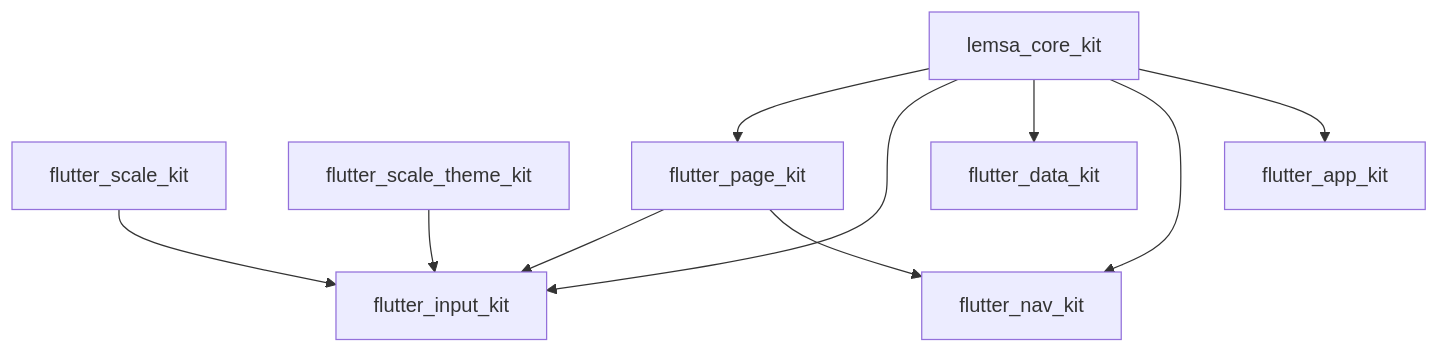
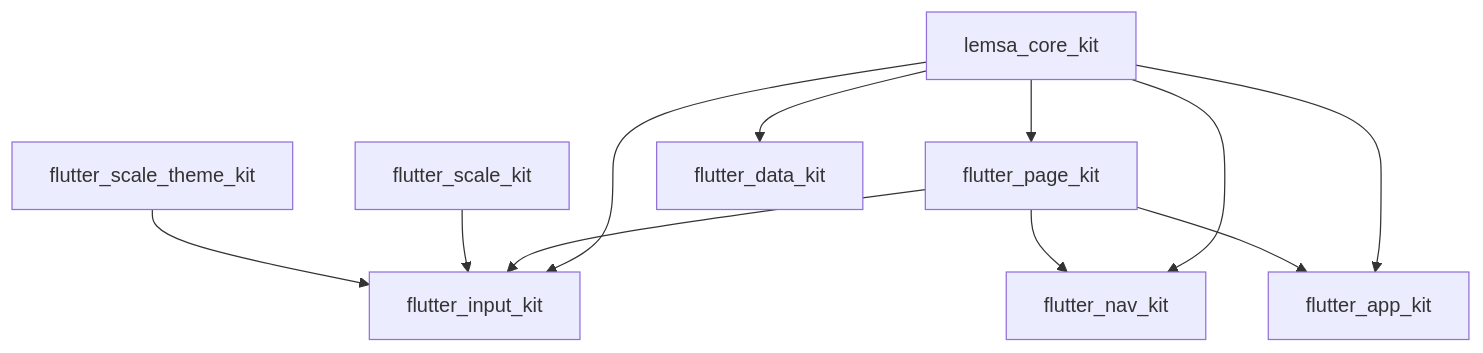
The diagram in spec/package.md (fodilfliti/lemsa-skills), drawn with Mermaid before and after one commit. The commit also changed other lines of this file and 135 other files, not shown here.

````diff
--- a/spec/package.md
+++ b/spec/package.md
@@ -47,21 +49,22 @@
 ```mermaid
 graph TD
   core[lemsa_core_kit]
   scale[flutter_scale_kit]
   theme[flutter_scale_theme_kit]
   page[flutter_page_kit]
   input[flutter_input_kit]
   data[flutter_data_kit]
   nav[flutter_nav_kit]
   app[flutter_app_kit]
 
   core --> page
   core --> input
   core --> data
   core --> nav
   core --> app
   page --> input
   page --> nav
+  page --> app
   scale --> input
   theme --> input
 ```
````
